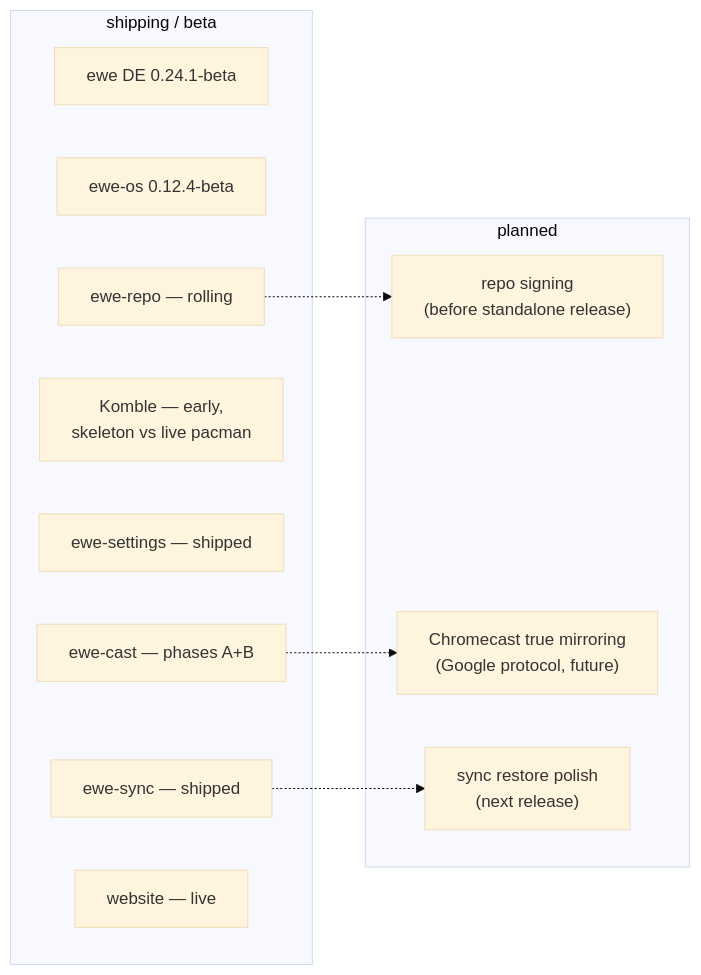
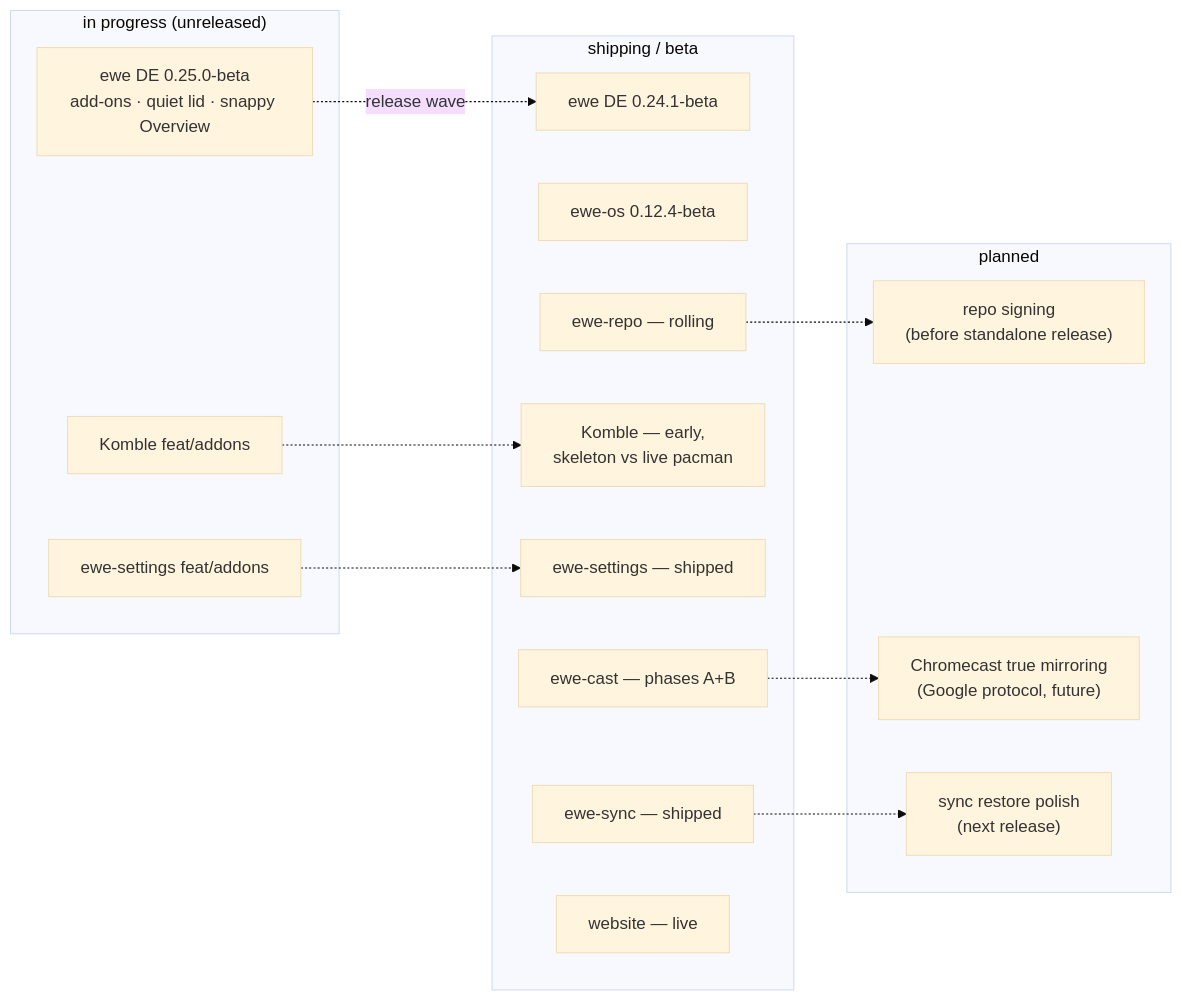
The diagram in 01-Overview/Roadmap and Status.md (prj786/ewe-map), drawn with Mermaid (base theme) before and after one commit. The commit also changed other lines of this file and 11 other files, not shown here.

Commit message:
how-we-work + overview + roadmap: 0.25 gotchas (lid, Overview focus/signals, harness env, headless shots, Loader/attached), harness knobs, add-on loop, release vendoring step, 0.25 status + ledger, open questions, Home index

````diff
--- a/01-Overview/Roadmap and Status.md
+++ b/01-Overview/Roadmap and Status.md
@@ -30,21 +46,29 @@
 ```mermaid
 flowchart LR
+    subgraph inprogress["in progress (unreleased)"]
+        NEXT["ewe DE 0.25.0-beta<br/>add-ons · quiet lid · snappy Overview"]
+        KA["Komble feat/addons"]
+        SA["ewe-settings feat/addons"]
+    end
     subgraph shipping["shipping / beta"]
         EWE["ewe DE 0.24.1-beta"]
         OS["ewe-os 0.12.4-beta"]
         REPO["ewe-repo — rolling"]
         K["Komble — early,<br/>skeleton vs live pacman"]
         S["ewe-settings — shipped"]
         SY["ewe-sync — shipped"]
         CAST["ewe-cast — phases A+B"]
         WEB["website — live"]
     end
     subgraph planned["planned"]
         SIGN["repo signing<br/>(before standalone release)"]
         MIRROR["Chromecast true mirroring<br/>(Google protocol, future)"]
         REST["sync restore polish<br/>(next release)"]
     end
     REPO -.-> SIGN
     CAST -.-> MIRROR
     SY -.-> REST
+    NEXT -.->|"release wave"| EWE
+    KA -.-> K
+    SA -.-> S
 ```
````
